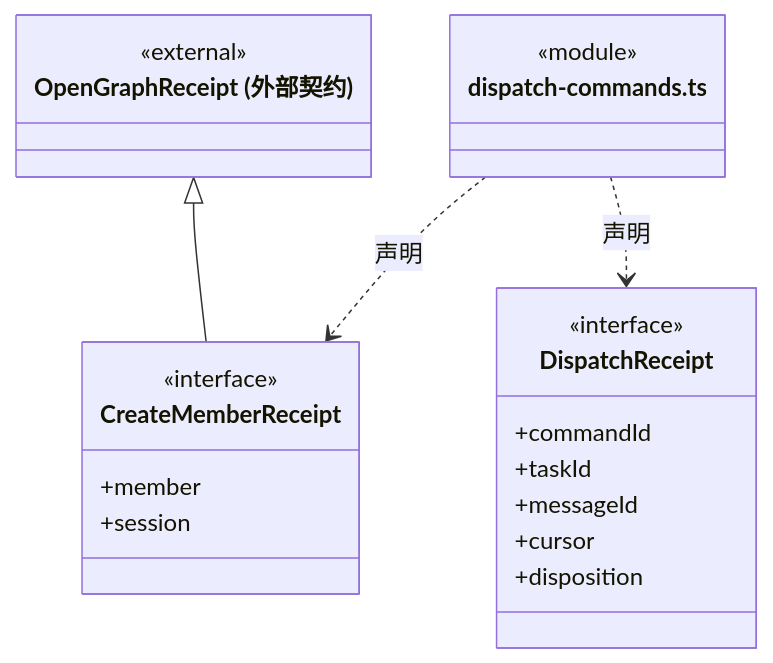
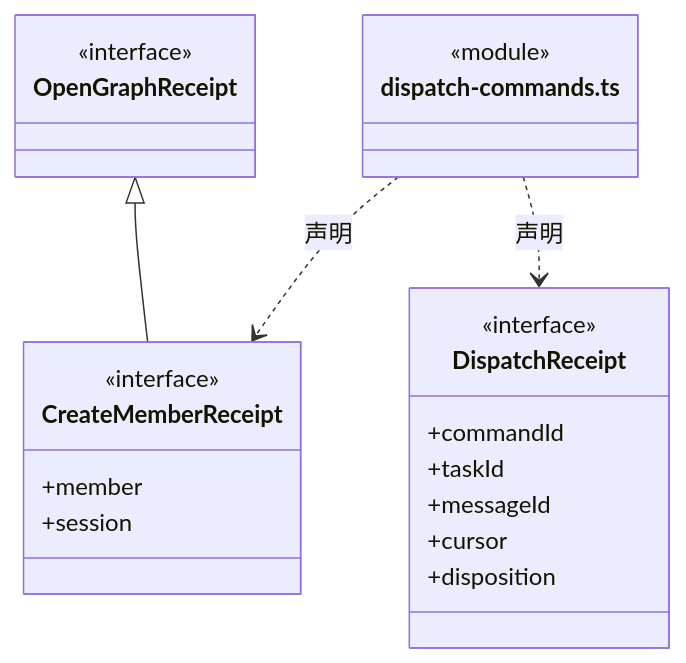
Before and after one commit to nan023062/cbim: the second of 34 diagrams in src/backend/core/tasks/ARCHITECTURE.md, drawn with Mermaid. The commit also changed other lines of this file and 240 other files, not shown here.

````diff
--- a/src/backend/core/tasks/ARCHITECTURE.md
+++ b/src/backend/core/tasks/ARCHITECTURE.md
@@ -55,25 +62,25 @@
 ```mermaid
 classDiagram
 class N_src_backend_core_tasks_dispatch_commands_ts["dispatch-commands.ts"] {
   <<module>>
 }
 class N_src_backend_core_tasks_dispatch_commands_ts_CreateMemberReceipt["CreateMemberReceipt"] {
   <<interface>>
   +member
   +session
 }
 N_src_backend_core_tasks_dispatch_commands_ts ..> N_src_backend_core_tasks_dispatch_commands_ts_CreateMemberReceipt : 声明
-class N_src_backend_core_tasks_dispatch_commands_ts_external_OpenGraphReceipt["OpenGraphReceipt (外部契约)"] {
-  <<external>>
+class N_src_backend_core_tasks_dispatch_commands_ts_OpenGraphReceipt["OpenGraphReceipt"] {
+  <<interface>>
 }
-N_src_backend_core_tasks_dispatch_commands_ts_external_OpenGraphReceipt <|-- N_src_backend_core_tasks_dispatch_commands_ts_CreateMemberReceipt
+N_src_backend_core_tasks_dispatch_commands_ts_OpenGraphReceipt <|-- N_src_backend_core_tasks_dispatch_commands_ts_CreateMemberReceipt
 class N_src_backend_core_tasks_dispatch_commands_ts_DispatchReceipt["DispatchReceipt"] {
   <<interface>>
   +commandId
   +taskId
   +messageId
   +cursor
   +disposition
 }
 N_src_backend_core_tasks_dispatch_commands_ts ..> N_src_backend_core_tasks_dispatch_commands_ts_DispatchReceipt : 声明
 ```
````
